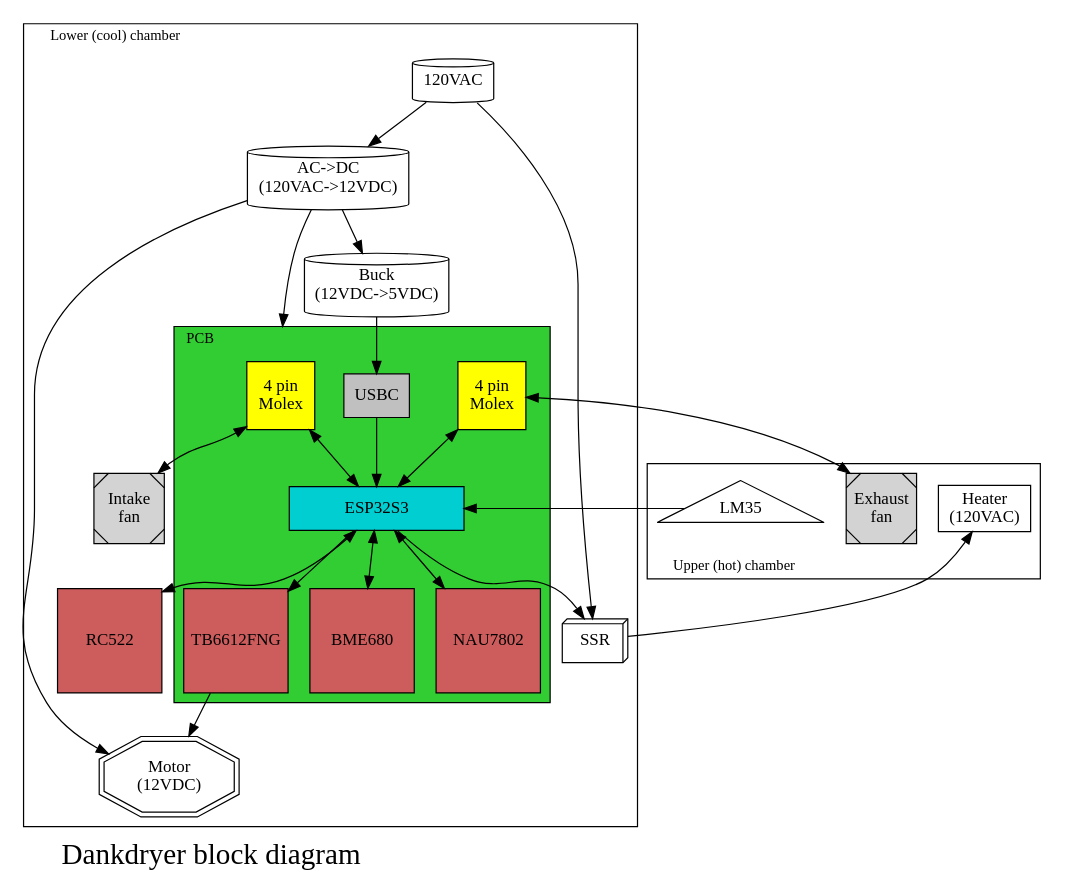
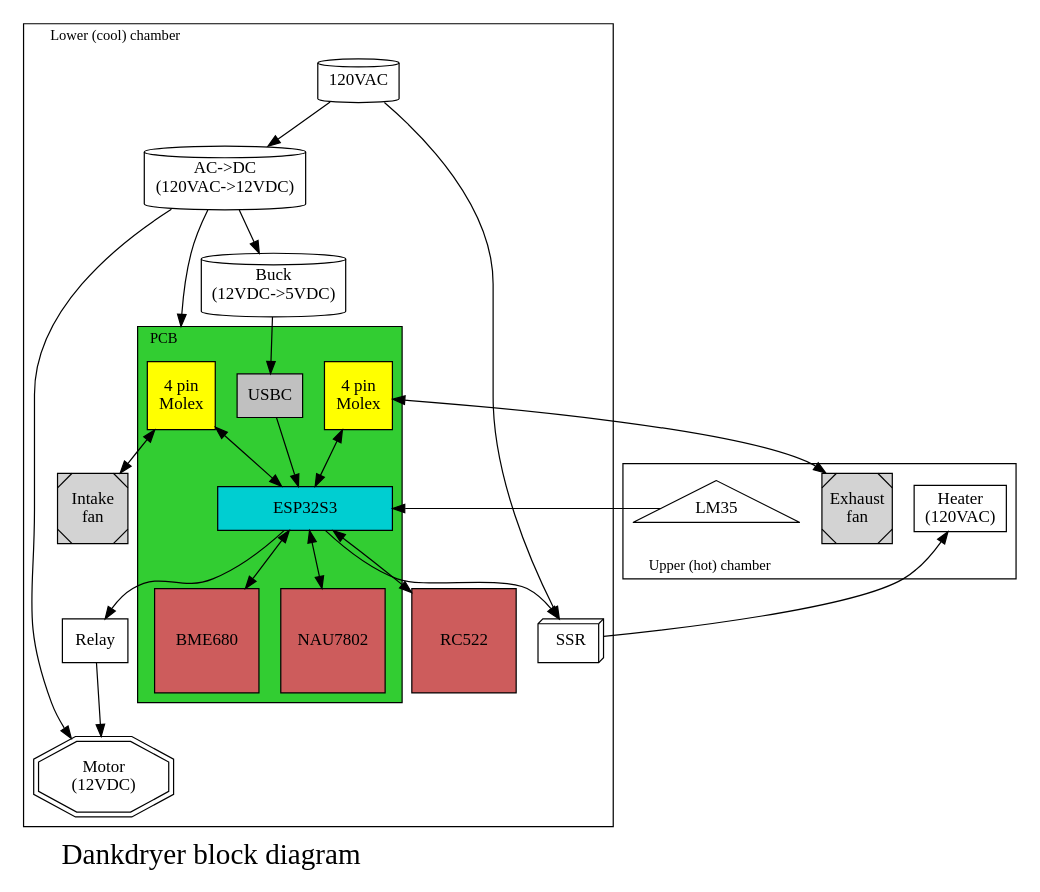
Before and after one commit to dankamongmen/dankdryer: the diagram in blockdiagram.dot, drawn with Graphviz.

Commit message:
show relay in blockdiagram for the moment

```diff
--- a/blockdiagram.dot
+++ b/blockdiagram.dot
@@ -1,66 +1,68 @@
 digraph blockdiagram {
   compound=true; // for links between subgraphs
   node [ fontname="Gentium Book Plus" ]
   label="Dankdryer block diagram"
   fontsize=24
   labeljust = l
 
   subgraph clusterLower {
     fontsize=12
 
     subgraph clusterPCB {
       label = "PCB"
       labelloc = t
       style = filled
       fillcolor = limegreen
       ESP32S3 [ shape=rectangle width=2 fixedsize=true fillcolor=darkturquoise style=filled ]
       Molex1  [ shape=square fillcolor=yellow style=filled label="4 pin\nMolex" ]
       Molex2  [ shape=square fillcolor=yellow style=filled label="4 pin\nMolex" ]
-      TB6612FNG [ shape=square width=1.2 fillcolor=indianred style=filled fixedsize=true ]
+      //TB6612FNG [ shape=square width=1.2 fillcolor=indianred style=filled fixedsize=true ]
       BME680 [ shape=square width=1.2 fillcolor=indianred style=filled fixedsize=true ]
       NAU7802 [ shape=square width=1.2 fillcolor=indianred style=filled fixedsize=true ]
       USBC [ shape=rectangle fillcolor=silver style=filled ]
       Molex1 -> ESP32S3 [ dir=both ]
       Molex2 -> ESP32S3 [ dir=both ]
       USBC -> ESP32S3
-      ESP32S3 -> TB6612FNG
       ESP32S3 -> BME680 [ dir=both ]
       ESP32S3 -> NAU7802 [ dir=both ]
     }
 
     Motor [ shape=doubleoctagon label="Motor\n(12VDC)" ]
     Fan1 [ shape=Msquare width=0.8 label="Intake\nfan" bgcolor=black style=filled fixedsize=true ]
-    TB6612FNG -> Motor
+    //TB6612FNG -> Motor
     label = "Lower (cool) chamber"
     RC522 [ shape=square fillcolor=indianred style=filled width=1.2 fixedsize=true ]
     ESP32S3 -> RC522 [ dir=both ]
     ACAdapter [ shape=cylinder label="AC->DC\n(120VAC->12VDC)" ]
     Buck [ shape=cylinder label="Buck\n(12VDC->5VDC)" ]
     ACAdapter -> Buck
     ACAdapter -> Motor
     ACAdapter -> Molex1 [ lhead=clusterPCB ]
     AC [ shape=cylinder label="120VAC" ]
     AC -> SSR
     AC -> ACAdapter
     Buck -> USBC
+    Relay [ shape=rectangle ]
+    Relay -> Motor
+    ESP32S3 -> Relay
     SSR [ shape=box3d ]
 
   }
 
   subgraph clusterUpper {
     fontsize=12
     labelloc=b
 
     Heater [ shape=rectangle label="Heater\n(120VAC)" ]
     Fan2 [ shape=Msquare width=0.8 label="Exhaust\nfan" bgcolor=black style=filled fixedsize=true ]
     LM35 [ shape=triangle ]
     Molex1 -> Fan1 [ dir=both ]
     Molex2 -> Fan2 [ dir=both ]
     ESP32S3 -> SSR
     SSR -> Heater
     LM35 -> ESP32S3
     label = "Upper (hot) chamber"
 
   }
 
 }
```
